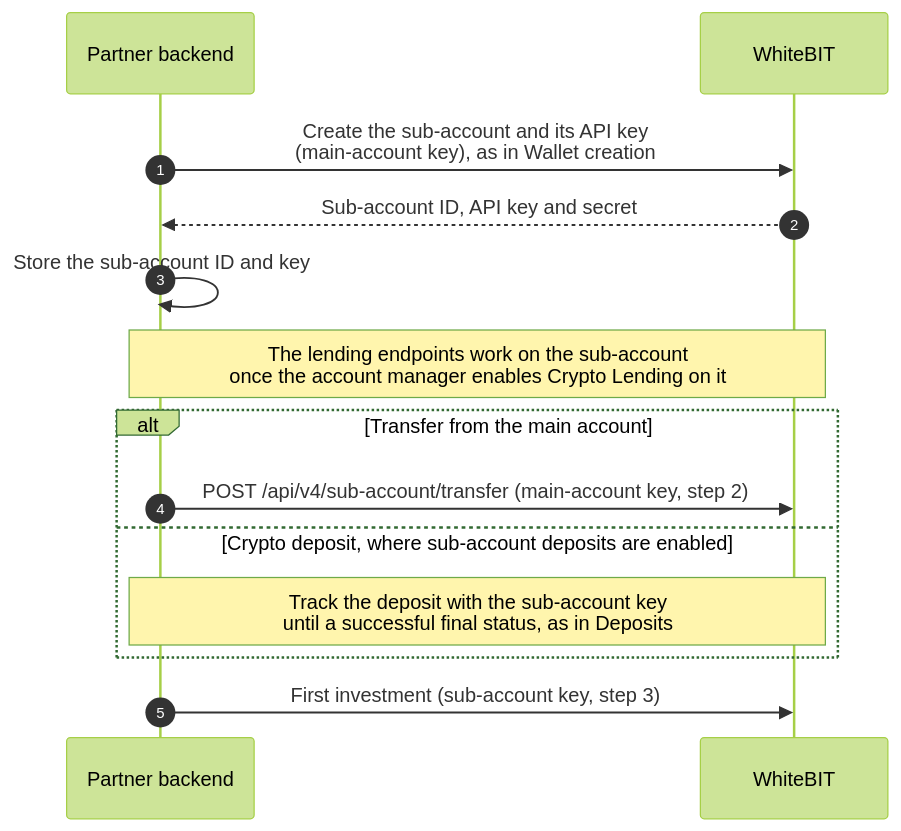
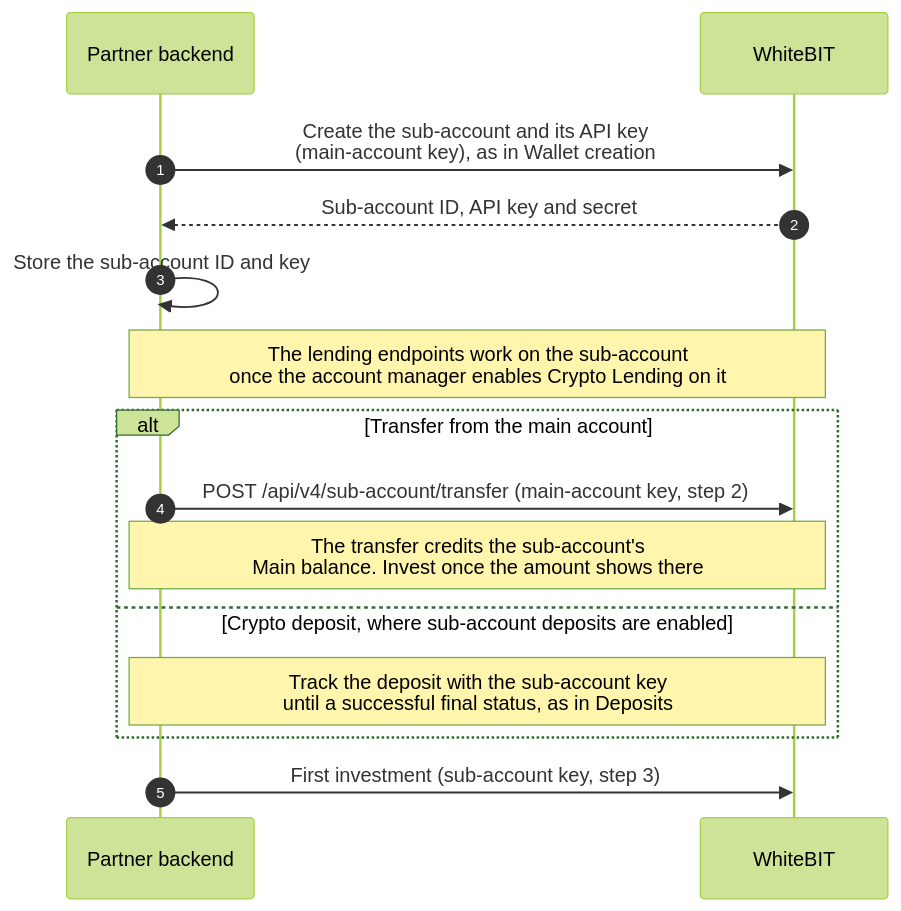
Before and after one commit to whitebit-exchange/docs: the first of 6 diagrams in guides/yaas-integration.mdx, drawn with Mermaid (forest theme). The commit also changed other lines of this file and 20 other files, not shown here.

````diff
--- a/guides/yaas-integration.mdx
+++ b/guides/yaas-integration.mdx
@@ -58,17 +58,18 @@
 ```mermaid
 sequenceDiagram
     autonumber
     participant P as Partner backend
     participant W as WhiteBIT
 
     P->>W: Create the sub-account and its API key<br/>(main-account key), as in Wallet creation
     W-->>P: Sub-account ID, API key and secret
     P->>P: Store the sub-account ID and key
     Note over P,W: The lending endpoints work on the sub-account<br/>once the account manager enables Crypto Lending on it
     alt Transfer from the main account
         P->>W: POST /api/v4/sub-account/transfer (main-account key, step 2)
+        Note over P,W: The transfer credits the sub-account's<br/>Main balance. Invest once the amount shows there
     else Crypto deposit, where sub-account deposits are enabled
         Note over P,W: Track the deposit with the sub-account key<br/>until a successful final status, as in Deposits
     end
     P->>W: First investment (sub-account key, step 3)
 ```
````
